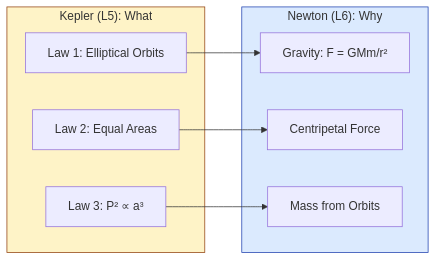
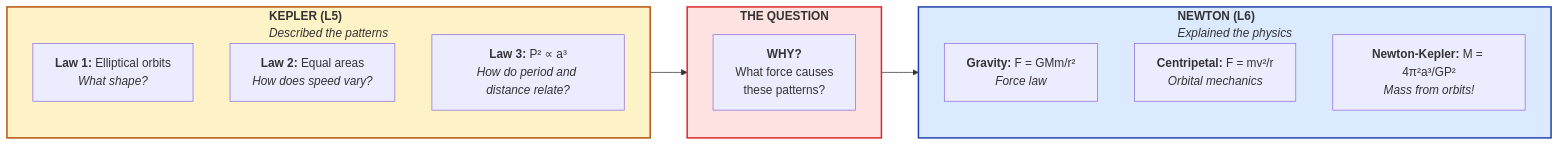
The third of 5 diagrams in modules/module-01/synthesis/concept-map.qmd (astrobytes-edu/astr101-sp26), drawn with Mermaid before and after one commit. The commit also changed other lines of this file and 15 other files, not shown here.

````diff
--- a/modules/module-01/synthesis/concept-map.qmd
+++ b/modules/module-01/synthesis/concept-map.qmd
@@ -110,21 +136,27 @@
 ```{mermaid}
+%%| fig-width: 7
 flowchart LR
-    subgraph kepler["Kepler (L5): What"]
-        K1[Law 1: Elliptical Orbits]
-        K2[Law 2: Equal Areas]
-        K3[Law 3: P² ∝ a³]
+    subgraph kepler["<b>KEPLER (L5)</b><br/><i>Described the patterns</i>"]
+        direction TB
+        K1["<b>Law 1:</b> Elliptical orbits<br/><i>What shape?</i>"]
+        K2["<b>Law 2:</b> Equal areas<br/><i>How does speed vary?</i>"]
+        K3["<b>Law 3:</b> P² ∝ a³<br/><i>How do period and distance relate?</i>"]
     end
 
-    subgraph newton["Newton (L6): Why"]
-        N1[Gravity: F = GMm/r²]
-        N2[Centripetal Force]
-        N3[Mass from Orbits]
+    subgraph transition["<b>THE QUESTION</b>"]
+        Q["<b>WHY?</b><br/>What force causes<br/>these patterns?"]
     end
 
-    K1 --> N1
-    K2 --> N2
-    K3 --> N3
+    subgraph newton["<b>NEWTON (L6)</b><br/><i>Explained the physics</i>"]
+        direction TB
+        N1["<b>Gravity:</b> F = GMm/r²<br/><i>Force law</i>"]
+        N2["<b>Centripetal:</b> F = mv²/r<br/><i>Orbital mechanics</i>"]
+        N3["<b>Newton-Kepler:</b> M = 4π²a³/GP²<br/><i>Mass from orbits!</i>"]
+    end
 
-    style kepler fill:#fef3c7,stroke:#92400e
-    style newton fill:#dbeafe,stroke:#1e40af
+    kepler --> transition --> newton
+
+    style kepler fill:#fef3c7,stroke:#b45309,stroke-width:2px
+    style transition fill:#fee2e2,stroke:#dc2626,stroke-width:2px
+    style newton fill:#dbeafe,stroke:#1e40af,stroke-width:2px
 ```
````
